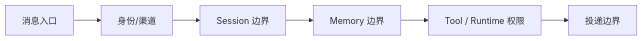
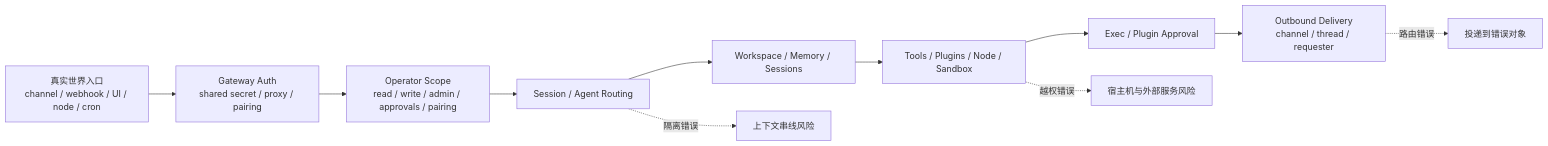
Before and after one commit to T0UGH/openclaw-source-reading: the diagram in docs/guidebook/volume-4-delivery-extension-safety/16-safety-isolation.md, drawn with Mermaid. The commit also changed other lines of this file and 2 other files, not shown here.

````diff
--- a/docs/guidebook/volume-4-delivery-extension-safety/16-safety-isolation.md
+++ b/docs/guidebook/volume-4-delivery-extension-safety/16-safety-isolation.md
@@ -24,8 +24,18 @@
 ```mermaid
 flowchart LR
-  Ingress[消息入口] --> Identity[身份/渠道]
-  Identity --> Session[Session 边界]
-  Session --> Memory[Memory 边界]
-  Memory --> Tool[Tool / Runtime 权限]
-  Tool --> Delivery[投递边界]
+  Ingress[真实世界入口
+channel / webhook / UI / node / cron] --> Auth[Gateway Auth
+shared secret / proxy / pairing]
+  Auth --> Scope[Operator Scope
+read / write / admin / approvals / pairing]
+  Scope --> Routing[Session / Agent Routing]
+  Routing --> State[Workspace / Memory / Sessions]
+  State --> Runtime[Tools / Plugins / Node / Sandbox]
+  Runtime --> Approval[Exec / Plugin Approval]
+  Approval --> Delivery[Outbound Delivery
+channel / thread / requester]
+
+  Routing -.隔离错误.-> Leak[上下文串线风险]
+  Runtime -.越权错误.-> Blast[宿主机与外部服务风险]
+  Delivery -.路由错误.-> Misdeliver[投递到错误对象]
 ```
````
